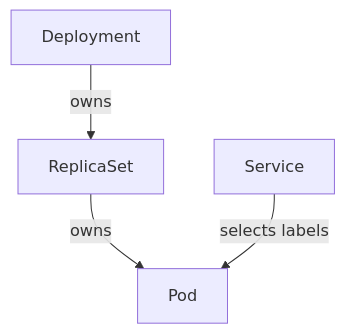
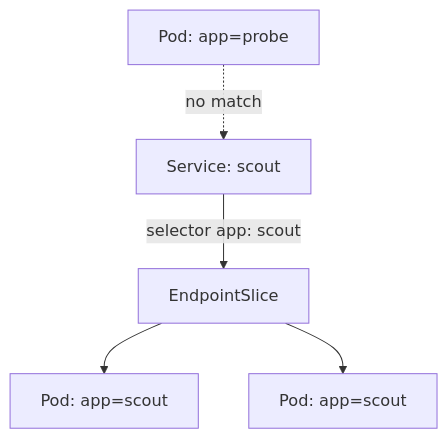
One commit to astrona-io/ATS037 changed the diagram in sections/section-010/module-02/course-02-labels-selectors-and-ownership.md. Above: the diagram before and after it, drawn with Mermaid. The commit also changed other lines of this file and 332 other files, not shown here.

````diff
--- a/sections/section-010/module-02/course-02-labels-selectors-and-ownership.md
+++ b/sections/section-010/module-02/course-02-labels-selectors-and-ownership.md
@@ -16,6 +26,7 @@
 ```mermaid
 flowchart TB
-    D["Deployment"] -->|"owns"| R["ReplicaSet"]
-    R -->|"owns"| P["Pod"]
-    S["Service"] -->|"selects labels"| P
+    S["Service: scout"] -->|"selector app: scout"| E["EndpointSlice"]
+    E --> P1["Pod: app=scout"]
+    E --> P2["Pod: app=scout"]
+    O["Pod: app=probe"] -.->|"no match"| S
 ```
````
